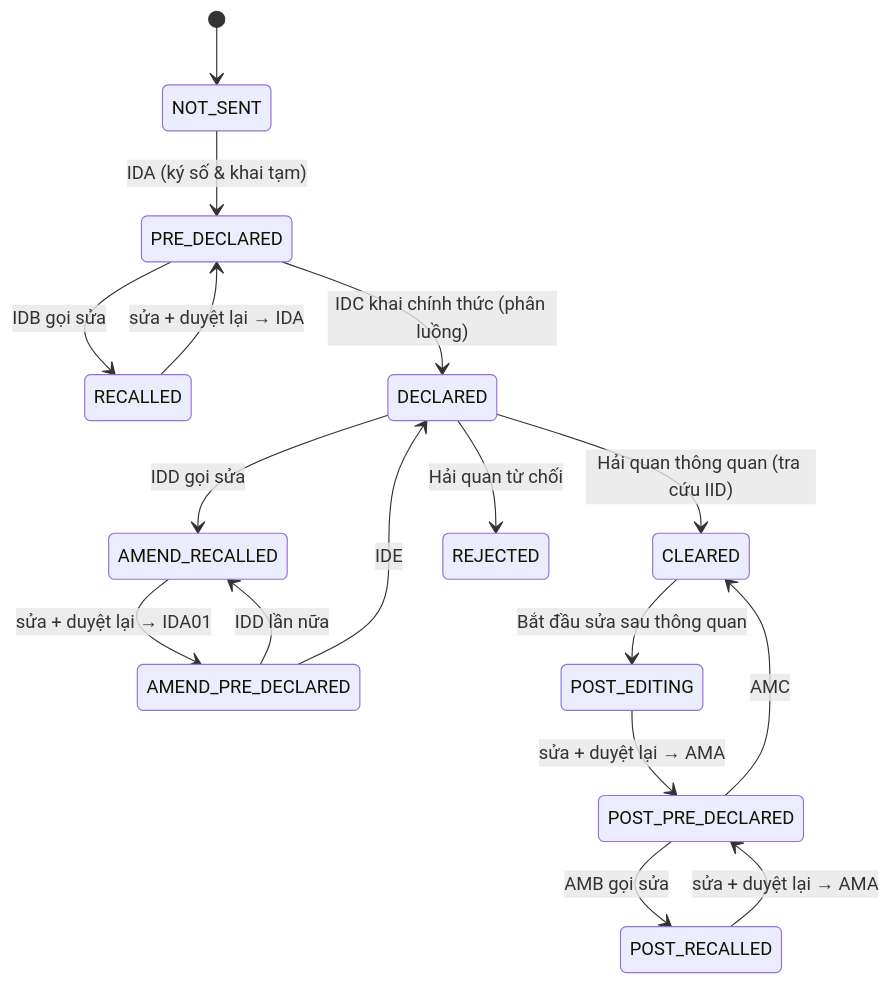
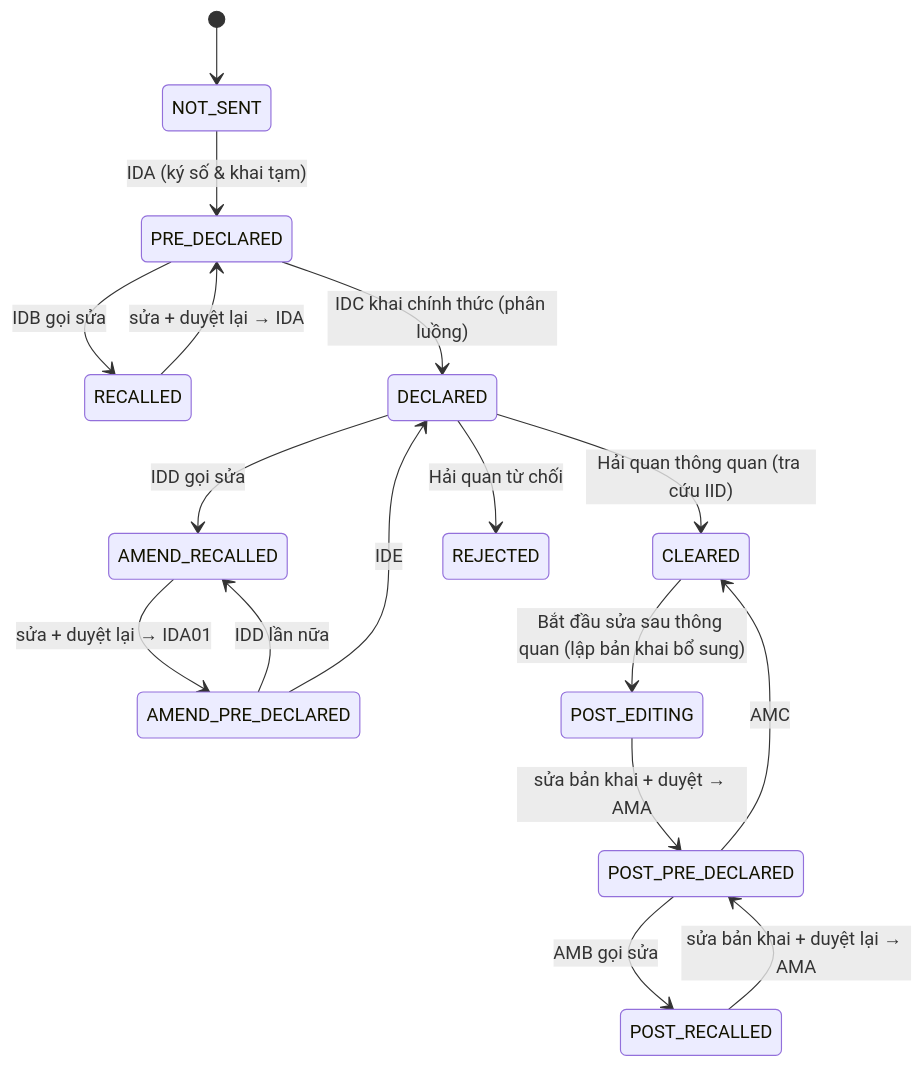
Before and after one commit to minhnhacmu2308/chung-tu-hq: the seventh of 7 diagrams in docs/QUY-TRINH-NGHIEP-VU.md, drawn with Mermaid. The commit also changed other lines of this file and 60 other files, not shown here.

Commit message:
feat(ama): khai bổ sung sau thông quan (AMA) – contracts FPT, domain/use case, migration 0014, mock và màn hình

````diff
--- a/docs/QUY-TRINH-NGHIEP-VU.md
+++ b/docs/QUY-TRINH-NGHIEP-VU.md
@@ -245,19 +245,19 @@
 ```mermaid
 stateDiagram-v2
   [*] --> NOT_SENT
   NOT_SENT --> PRE_DECLARED: IDA (ký số & khai tạm)
   PRE_DECLARED --> RECALLED: IDB gọi sửa
   RECALLED --> PRE_DECLARED: sửa + duyệt lại → IDA
   PRE_DECLARED --> DECLARED: IDC khai chính thức (phân luồng)
   DECLARED --> AMEND_RECALLED: IDD gọi sửa
   AMEND_RECALLED --> AMEND_PRE_DECLARED: sửa + duyệt lại → IDA01
   AMEND_PRE_DECLARED --> AMEND_RECALLED: IDD lần nữa
   AMEND_PRE_DECLARED --> DECLARED: IDE
   DECLARED --> CLEARED: Hải quan thông quan (tra cứu IID)
-  CLEARED --> POST_EDITING: Bắt đầu sửa sau thông quan
-  POST_EDITING --> POST_PRE_DECLARED: sửa + duyệt lại → AMA
+  CLEARED --> POST_EDITING: Bắt đầu sửa sau thông quan (lập bản khai bổ sung)
+  POST_EDITING --> POST_PRE_DECLARED: sửa bản khai + duyệt → AMA
   POST_PRE_DECLARED --> POST_RECALLED: AMB gọi sửa
-  POST_RECALLED --> POST_PRE_DECLARED: sửa + duyệt lại → AMA
+  POST_RECALLED --> POST_PRE_DECLARED: sửa bản khai + duyệt lại → AMA
   POST_PRE_DECLARED --> CLEARED: AMC
   DECLARED --> REJECTED: Hải quan từ chối
 ```
````
